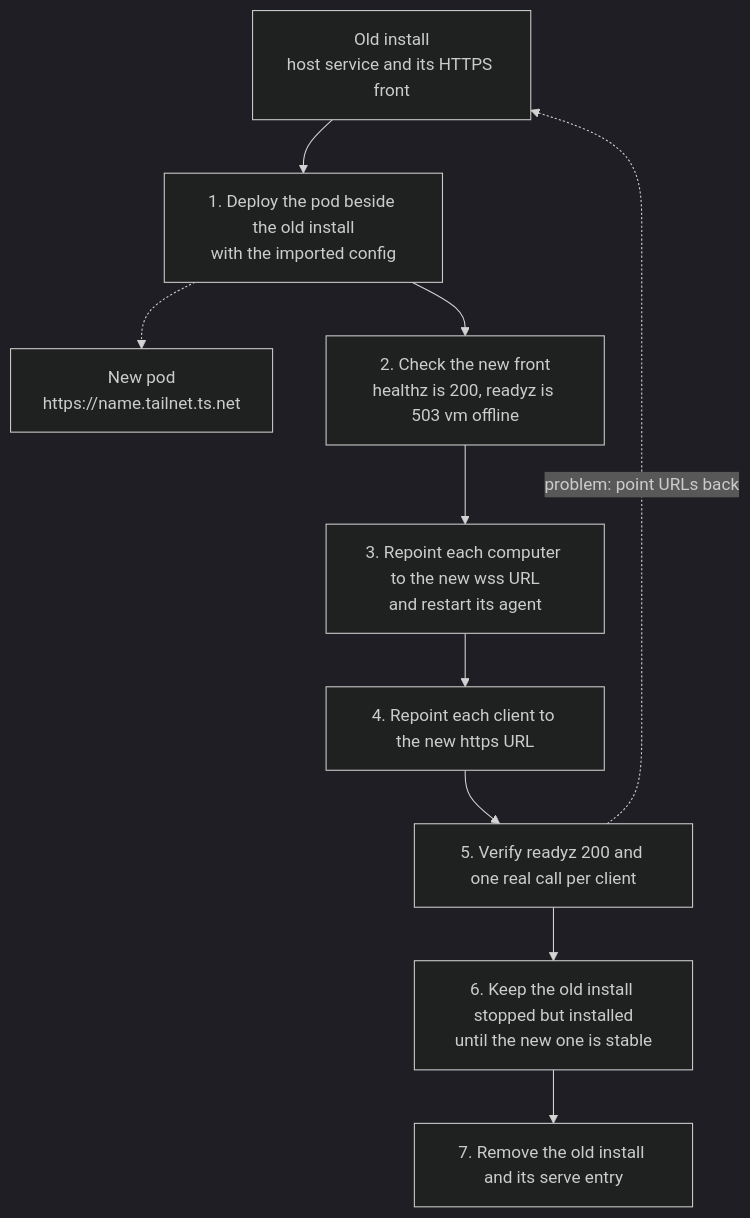
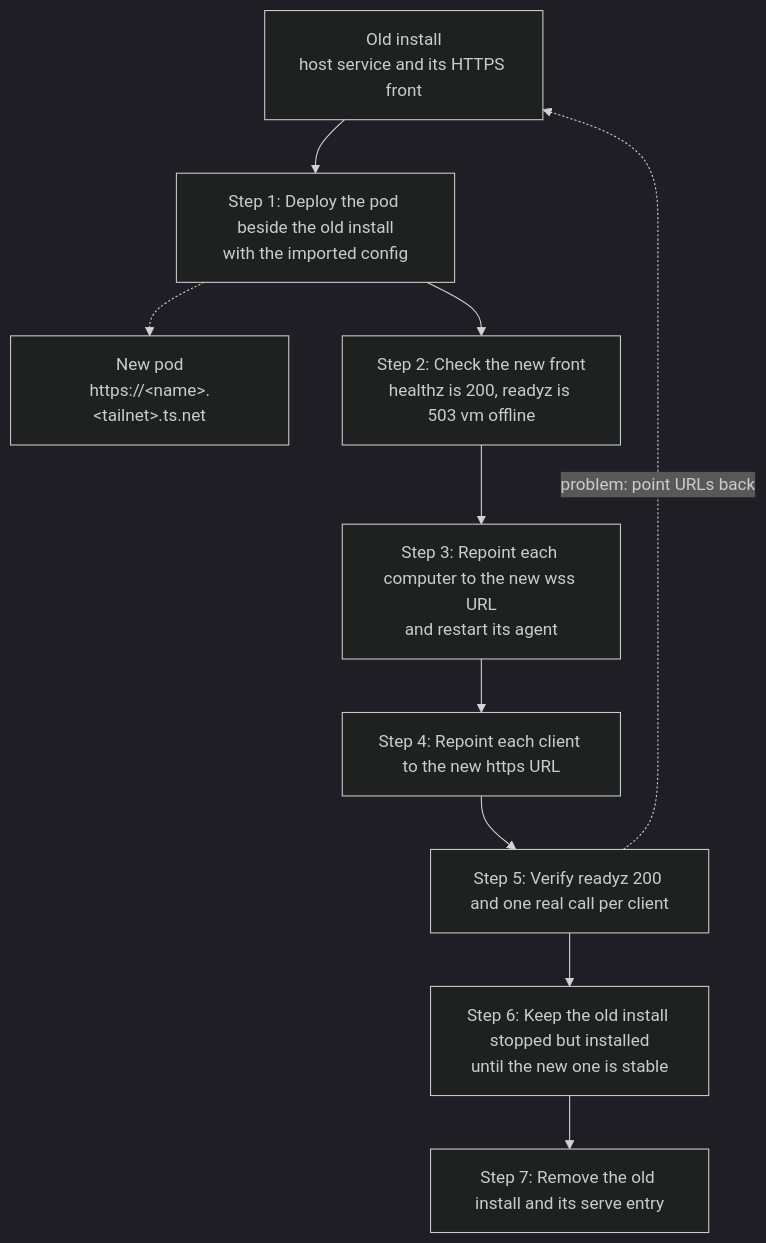
The fourth of 4 diagrams in README.md (openabdev/openab-sb), drawn with Mermaid (dark theme) before and after one commit. The commit also changed other lines of this file, not shown here.

First line of the commit message:
docs: address review (diagram validity, reload row, pod/sidecar claims)

````diff
--- a/README.md
+++ b/README.md
@@ -425,15 +453,15 @@
 ```mermaid
 flowchart TD
     old["Old install<br/>host service and its HTTPS front"]
-    new["New pod<br/>https://name.tailnet.ts.net"]
-    s1["1. Deploy the pod beside the old install<br/>with the imported config"]
-    s2["2. Check the new front<br/>healthz is 200, readyz is 503 vm offline"]
-    s3["3. Repoint each computer to the new wss URL<br/>and restart its agent"]
-    s4["4. Repoint each client to the new https URL"]
-    s5["5. Verify readyz 200 and one real call per client"]
-    s6["6. Keep the old install stopped but installed<br/>until the new one is stable"]
-    s7["7. Remove the old install and its serve entry"]
+    new["New pod<br/>https://&lt;name&gt;.&lt;tailnet&gt;.ts.net"]
+    s1["Step 1: Deploy the pod beside the old install<br/>with the imported config"]
+    s2["Step 2: Check the new front<br/>healthz is 200, readyz is 503 vm offline"]
+    s3["Step 3: Repoint each computer to the new wss URL<br/>and restart its agent"]
+    s4["Step 4: Repoint each client to the new https URL"]
+    s5["Step 5: Verify readyz 200 and one real call per client"]
+    s6["Step 6: Keep the old install stopped but installed<br/>until the new one is stable"]
+    s7["Step 7: Remove the old install and its serve entry"]
     old --> s1 --> s2 --> s3 --> s4 --> s5 --> s6 --> s7
     s1 -.-> new
     s5 -. "problem: point URLs back" .-> old
 ```
````
